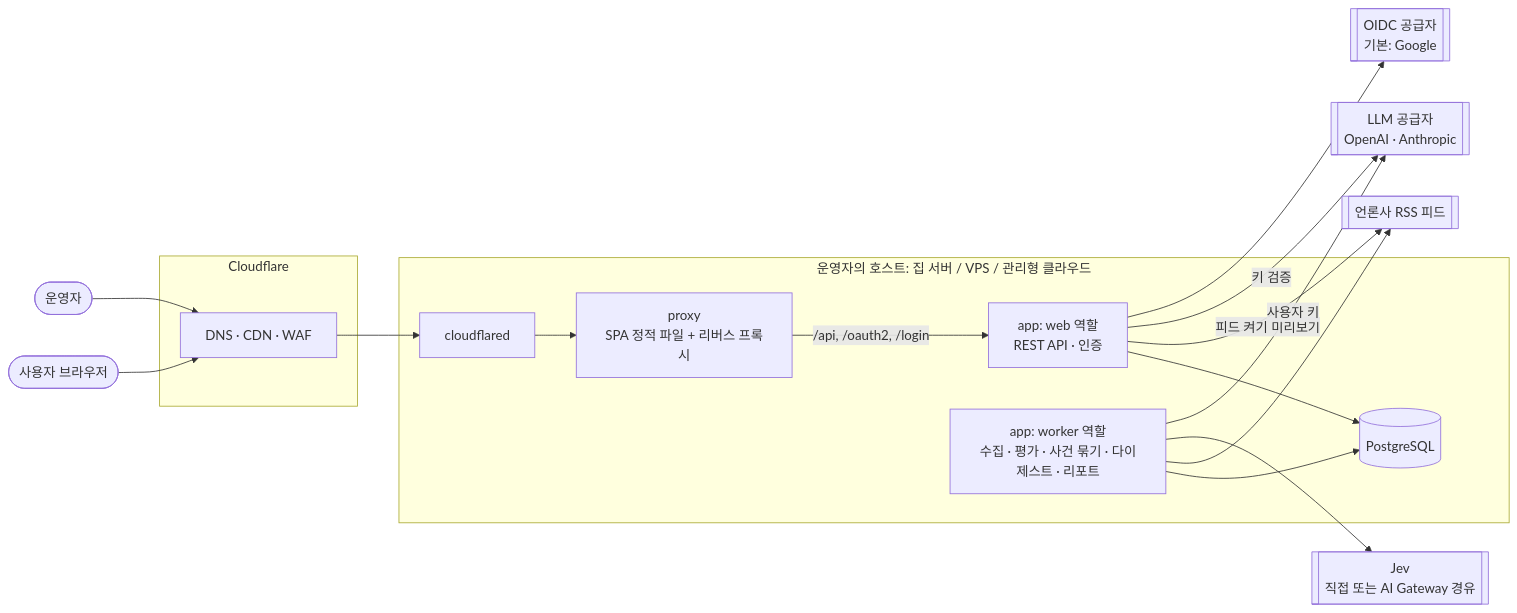
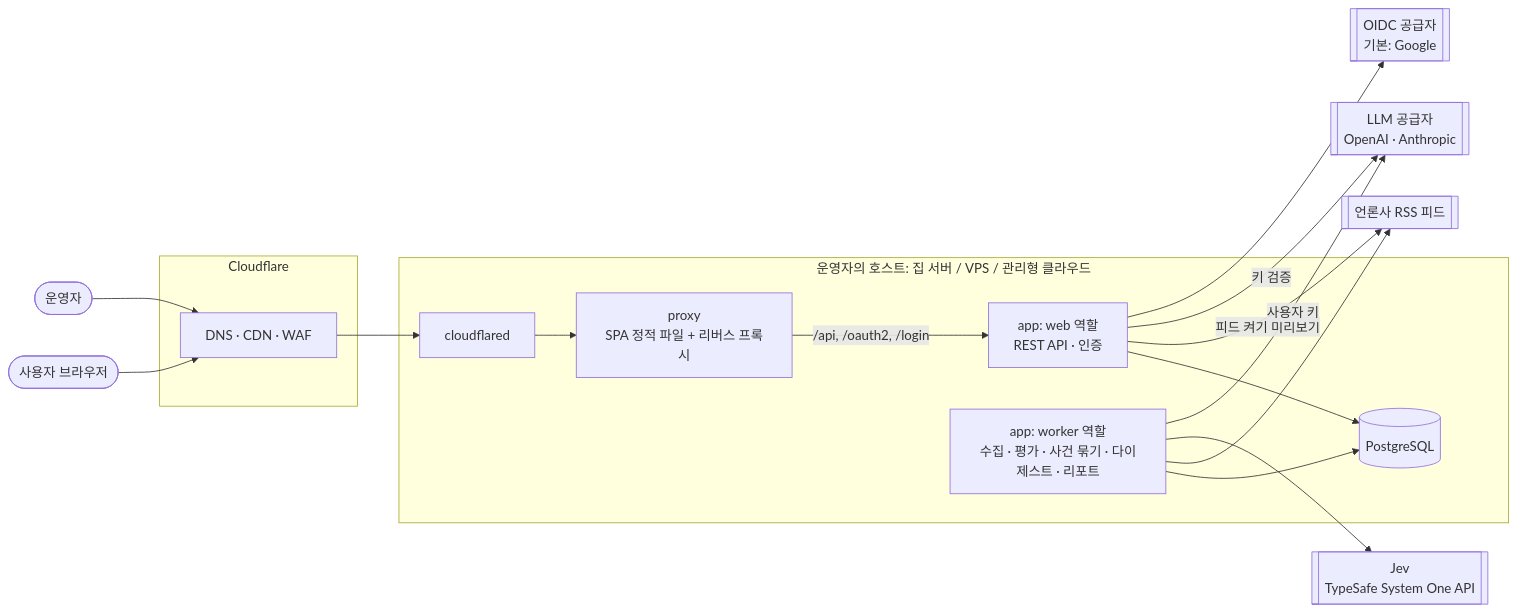
Before and after one commit to Theia0382/yozm-news: the first of 2 diagrams in docs/overview.md, drawn with Mermaid. The commit also changed 12 other files, not shown here.

````diff
--- a/docs/overview.md
+++ b/docs/overview.md
@@ -74,31 +74,31 @@
 ```mermaid
 flowchart LR
     user([사용자 브라우저])
     admin([운영자])
     subgraph CF[Cloudflare]
         edge[DNS · CDN · WAF]
     end
     subgraph Host[운영자의 호스트: 집 서버 / VPS / 관리형 클라우드]
         tunnel[cloudflared]
         proxy[proxy<br/>SPA 정적 파일 + 리버스 프록시]
         web[app: web 역할<br/>REST API · 인증]
         worker[app: worker 역할<br/>수집 · 평가 · 사건 묶기 · 다이제스트 · 리포트]
         db[(PostgreSQL)]
     end
     feeds[[언론사 RSS 피드]]
-    jev[[Jev<br/>직접 또는 AI Gateway 경유]]
+    jev[[Jev<br/>TypeSafe System One API]]
     llm[[LLM 공급자<br/>OpenAI · Anthropic]]
     oauth[[OIDC 공급자<br/>기본: Google]]
 
     user --> edge --> tunnel --> proxy
     admin --> edge
     proxy -->|/api, /oauth2, /login| web
     web --> db
     worker --> db
     worker --> feeds
     web -->|피드 켜기 미리보기| feeds
     worker --> jev
     worker -->|사용자 키| llm
     web -->|키 검증| llm
     web --> oauth
 ```
````
